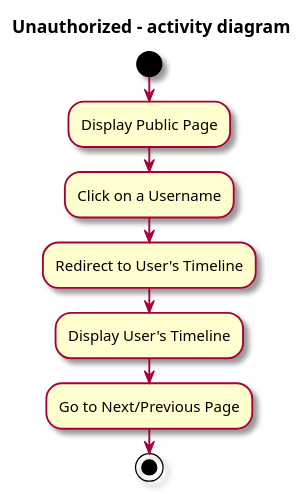
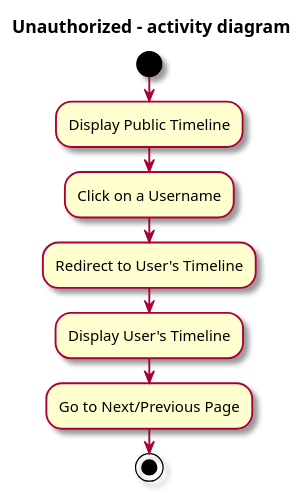
Before and after one commit to ITU-BDSA23-GROUP15/Chirp: the diagram in docs/user_activity_unauthenticated.pu, drawn with PlantUML. The commit also changed 1 other file, not shown here.

```diff
--- a/docs/user_activity_unauthenticated.pu
+++ b/docs/user_activity_unauthenticated.pu
@@ -1,14 +1,14 @@
 @startuml user_activity_unauthenticated
 skin rose
 
 title Unauthorized - activity diagram
 
 start
-:Display Public Page;
+:Display Public Timeline;
 :Click on a Username;
 :Redirect to User's Timeline;
 :Display User's Timeline;
 :Go to Next/Previous Page;
 stop
 
 @enduml
```
